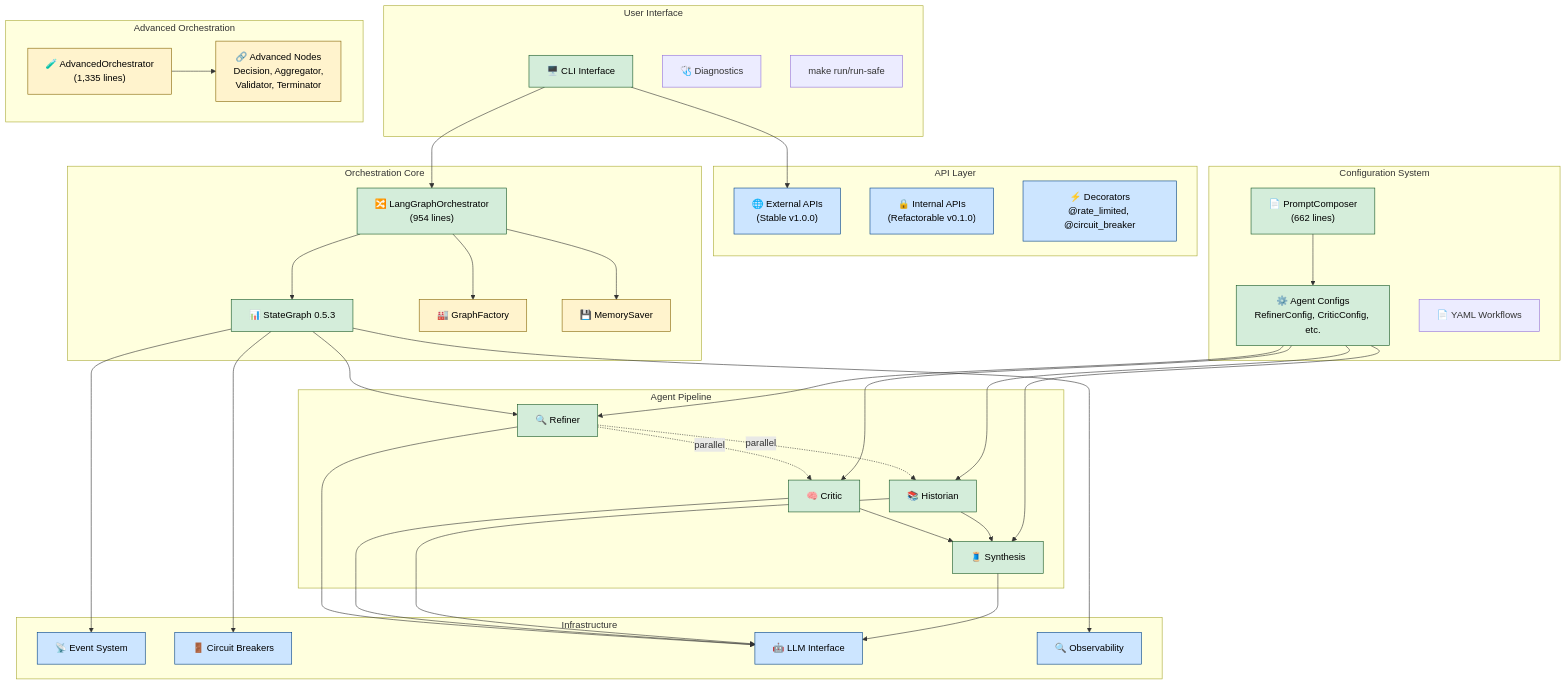
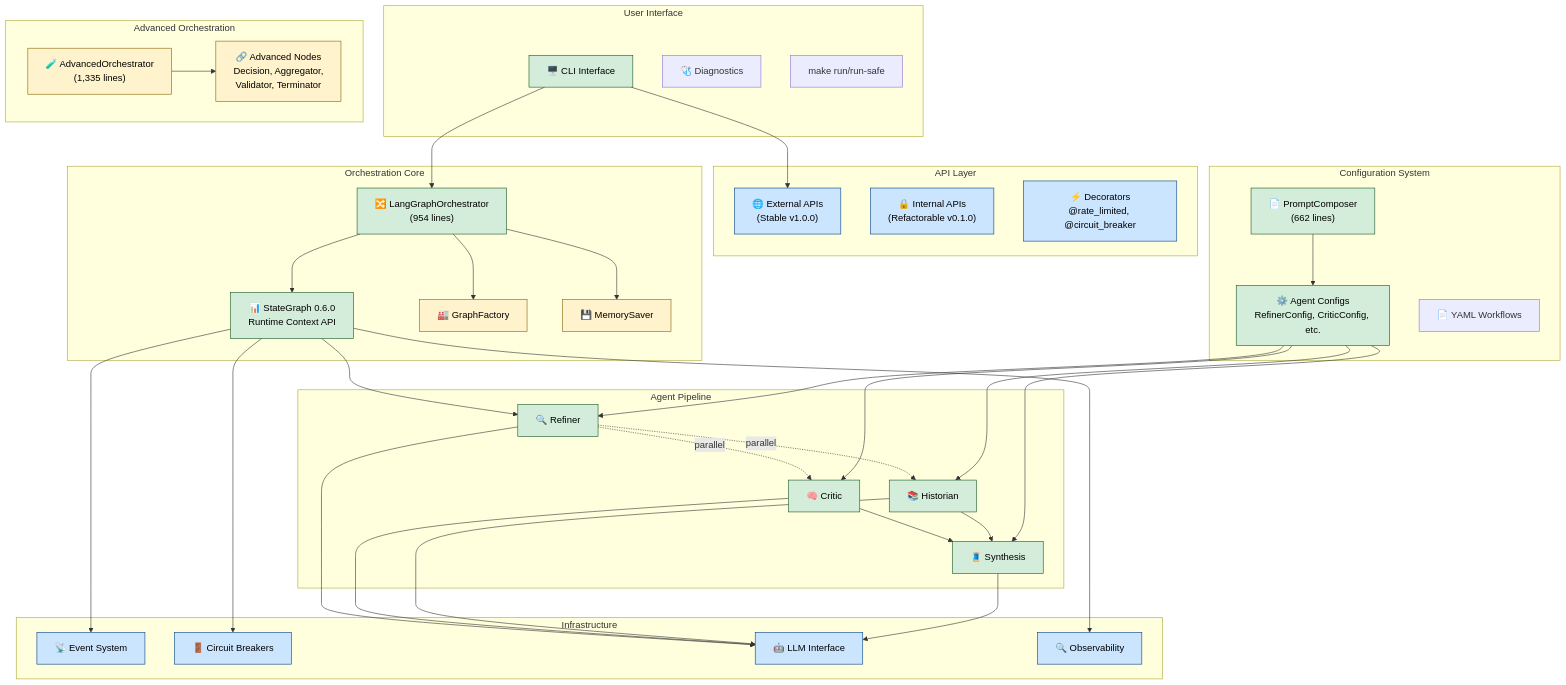
The diagram in src/cognivault/docs/architecture/ARCHITECTURE.md (aucontraire/cognivault), drawn with Mermaid before and after one commit. The commit also changed other lines of this file and 58 other files, not shown here.

````diff
--- a/src/cognivault/docs/architecture/ARCHITECTURE.md
+++ b/src/cognivault/docs/architecture/ARCHITECTURE.md
@@ -88,82 +95,82 @@
 ```mermaid
 graph TB
     subgraph "User Interface"
         CLI["🖥️ CLI Interface"]
         DIAG["🩺 Diagnostics"]
         MAKE["make run/run-safe"]
     end
     
     subgraph "API Layer"
         ExtAPI["🌐 External APIs<br/>(Stable v1.0.0)"]
         IntAPI["🔒 Internal APIs<br/>(Refactorable v0.1.0)"]
         DECO["⚡ Decorators<br/>@rate_limited, @circuit_breaker"]
     end
     
     subgraph "Orchestration Core"
         LGO["🔀 LangGraphOrchestrator<br/>(954 lines)"]
-        SG["📊 StateGraph 0.5.3"]
+        SG["📊 StateGraph 0.6.0<br/>Runtime Context API"]
         GF["🏭 GraphFactory"]
         MS["💾 MemorySaver"]
     end
     
     subgraph "Agent Pipeline"
         RF["🔍 Refiner"]
         CR["🧠 Critic"]
         HI["📚 Historian"]
         SY["🧵 Synthesis"]
     end
     
     subgraph "Configuration System"
         PC["📄 PromptComposer<br/>(662 lines)"]
         AG_CONFIG["⚙️ Agent Configs<br/>RefinerConfig, CriticConfig, etc."]
         YAML["📄 YAML Workflows"]
     end
     
     subgraph "Advanced Orchestration"
         AO["🧪 AdvancedOrchestrator<br/>(1,335 lines)"]
         NODES["🔗 Advanced Nodes<br/>Decision, Aggregator,<br/>Validator, Terminator"]
     end
     
     subgraph "Infrastructure"
         EVT["📡 Event System"]
         ERR["🚪 Circuit Breakers"]
         LLM["🤖 LLM Interface"]
         OBS["🔍 Observability"]
     end
     
     CLI --> ExtAPI
     CLI --> LGO
     LGO --> SG
     SG --> RF
     RF -.parallel.-> CR
     RF -.parallel.-> HI
     CR --> SY
     HI --> SY
     
     PC --> AG_CONFIG
     AG_CONFIG --> RF
     AG_CONFIG --> CR
     AG_CONFIG --> HI
     AG_CONFIG --> SY
     
     LGO --> GF
     LGO --> MS
     AO --> NODES
     
     RF --> LLM
     CR --> LLM
     HI --> LLM
     SY --> LLM
     
     SG --> EVT
     SG --> ERR
     SG --> OBS
     
     classDef core fill:#d4edda,stroke:#155724,color:#000
     classDef advanced fill:#fff3cd,stroke:#856404,color:#000
     classDef infra fill:#cce5ff,stroke:#004085,color:#000
     
     class CLI,LGO,SG,RF,CR,HI,SY,PC,AG_CONFIG core
     class AO,NODES,GF,MS advanced
     class EVT,ERR,LLM,OBS,ExtAPI,IntAPI,DECO infra
 ```
````
